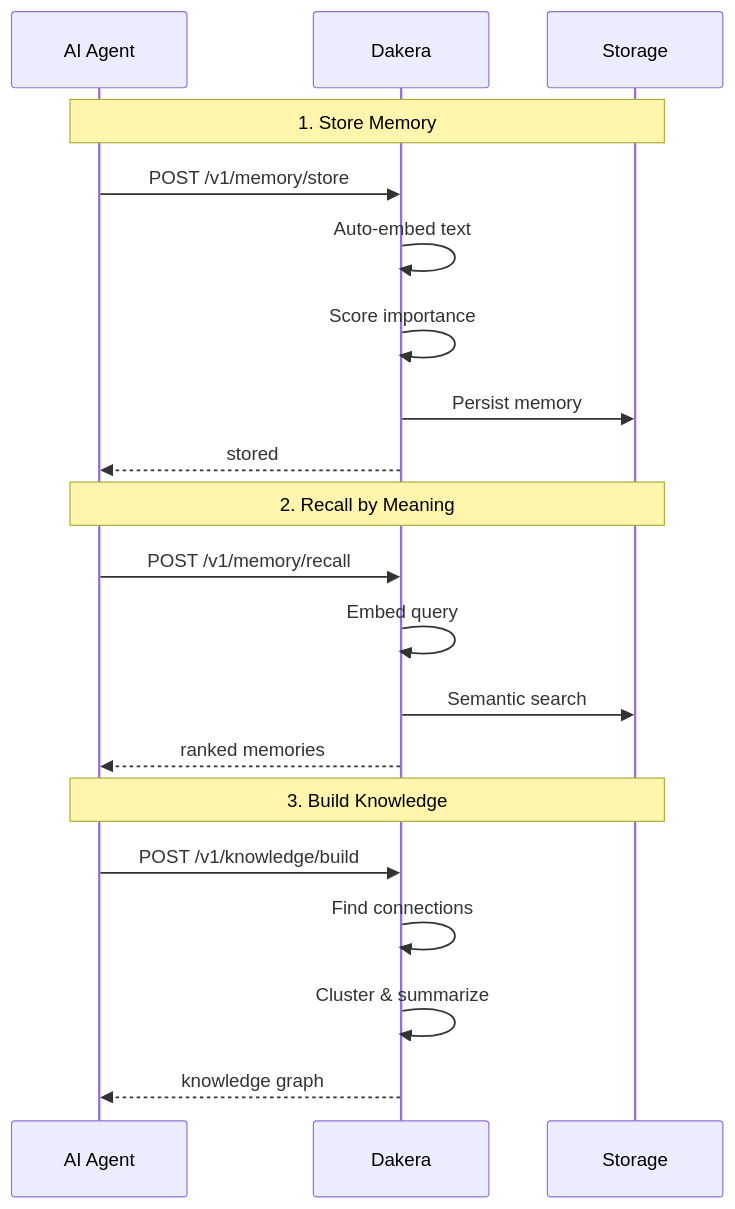
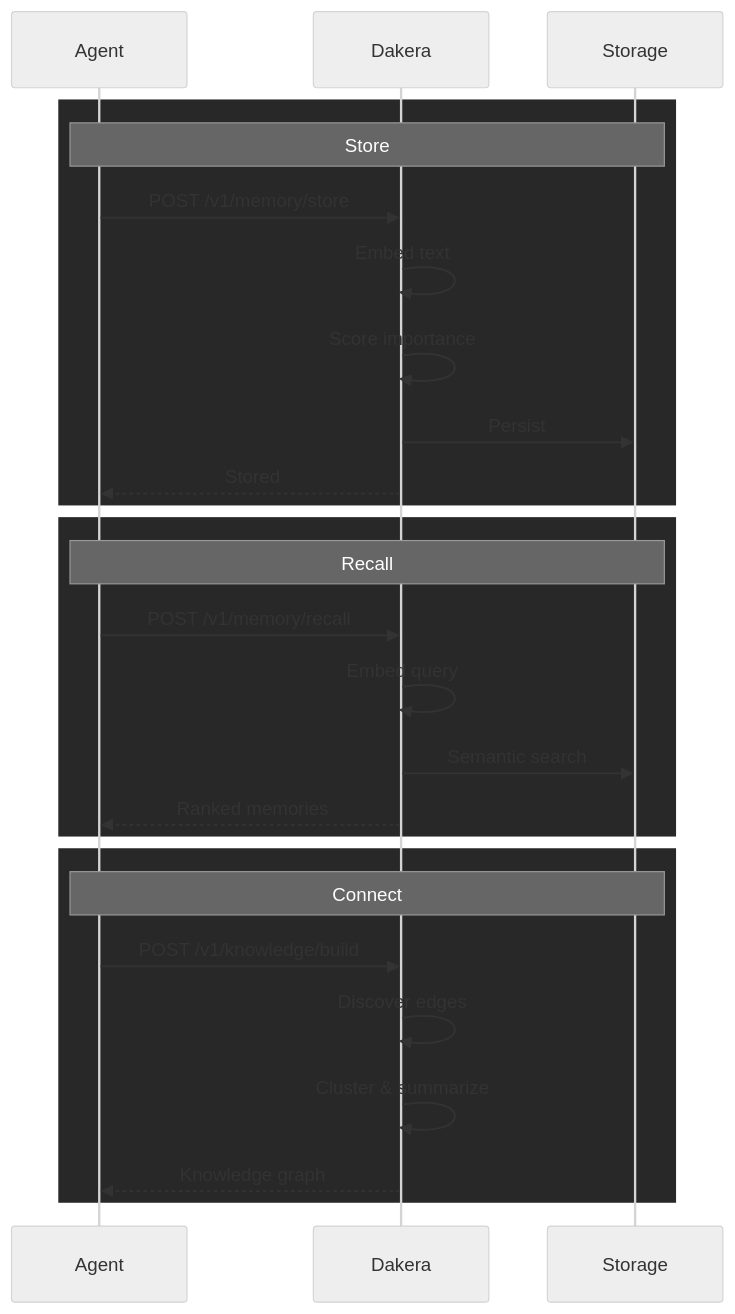
One commit to Dakera-AI/.github changed the fifth of 5 diagrams in profile/README.md. Above: the diagram before and after it, drawn with Mermaid. The commit also changed other lines of this file, not shown here.

````diff
--- a/profile/README.md
+++ b/profile/README.md
@@ -185,25 +215,32 @@
 ```mermaid
+%%{init: {'theme': 'neutral', 'themeVariables': { 'fontSize': '13px' }}}%%
 sequenceDiagram
-    participant Agent as AI Agent
-    participant D as Dakera
-    participant S as Storage
+    participant Agent
+    participant Dakera
+    participant Storage
 
-    Note over Agent,S: 1. Store Memory
-    Agent->>D: POST /v1/memory/store
-    D->>D: Auto-embed text
-    D->>D: Score importance
-    D->>S: Persist memory
-    D-->>Agent: stored
+    rect rgb(40, 40, 40)
+        Note over Agent,Storage: Store
+        Agent->>Dakera: POST /v1/memory/store
+        Dakera->>Dakera: Embed text
+        Dakera->>Dakera: Score importance
+        Dakera->>Storage: Persist
+        Dakera-->>Agent: Stored
+    end
 
-    Note over Agent,S: 2. Recall by Meaning
-    Agent->>D: POST /v1/memory/recall
-    D->>D: Embed query
-    D->>S: Semantic search
-    D-->>Agent: ranked memories
+    rect rgb(40, 40, 40)
+        Note over Agent,Storage: Recall
+        Agent->>Dakera: POST /v1/memory/recall
+        Dakera->>Dakera: Embed query
+        Dakera->>Storage: Semantic search
+        Dakera-->>Agent: Ranked memories
+    end
 
-    Note over Agent,S: 3. Build Knowledge
-    Agent->>D: POST /v1/knowledge/build
-    D->>D: Find connections
-    D->>D: Cluster & summarize
-    D-->>Agent: knowledge graph
+    rect rgb(40, 40, 40)
+        Note over Agent,Storage: Connect
+        Agent->>Dakera: POST /v1/knowledge/build
+        Dakera->>Dakera: Discover edges
+        Dakera->>Dakera: Cluster & summarize
+        Dakera-->>Agent: Knowledge graph
+    end
 ```
````
